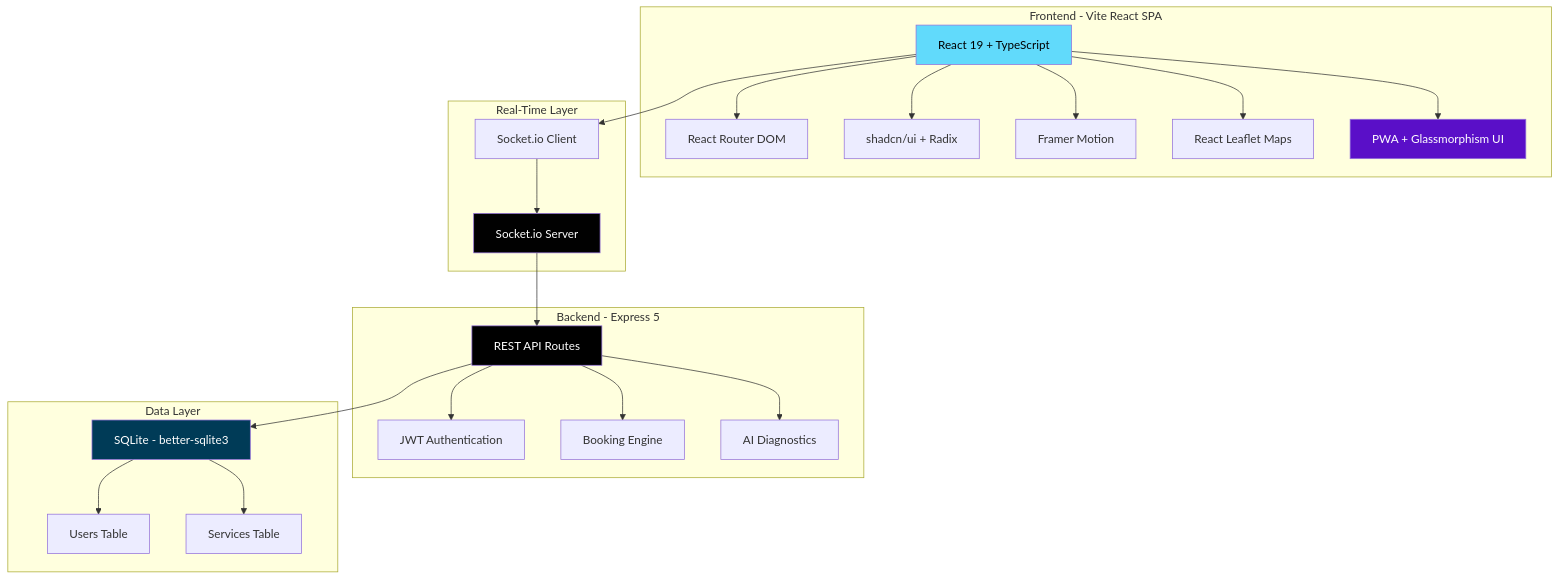
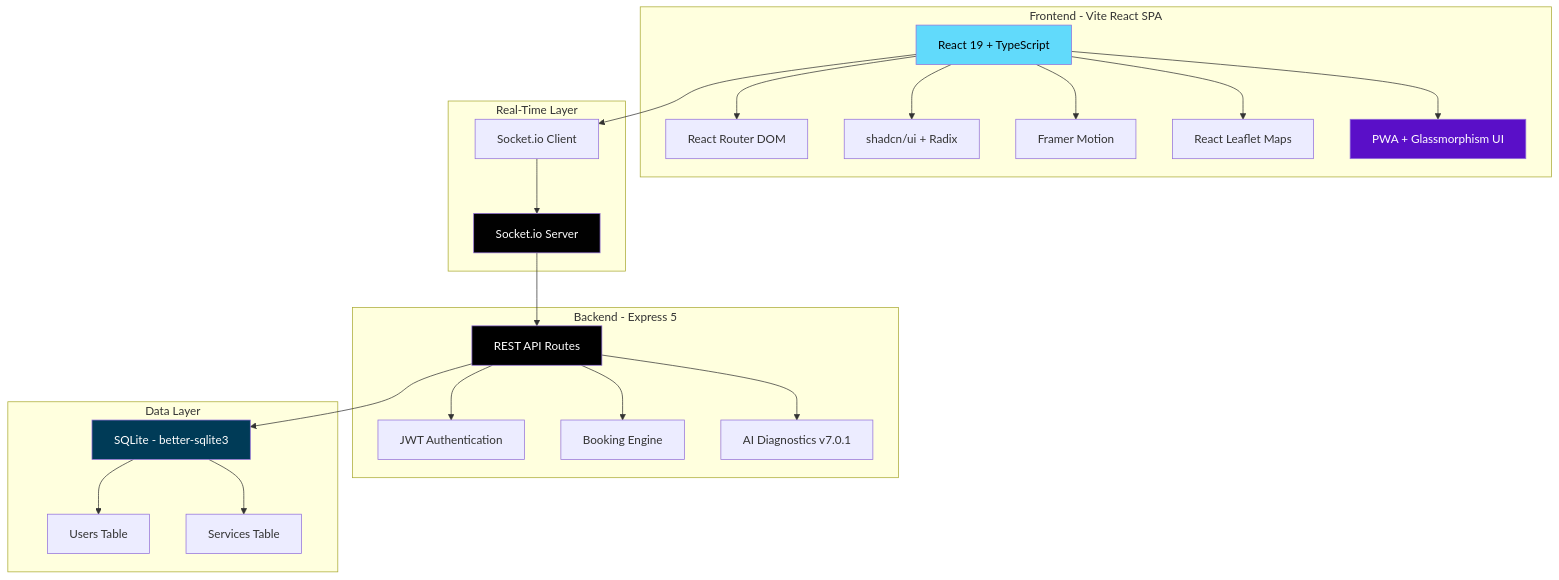
The fourth of 4 diagrams in README.md (mulkymalikuldhrs/oke-mekanik-mobile-service), drawn with Mermaid before and after one commit. The commit also changed other lines of this file and 15 other files, not shown here.

````diff
--- a/README.md
+++ b/README.md
@@ -136,50 +135,50 @@
 ```mermaid
 graph TB
     subgraph Frontend["Frontend - Vite React SPA"]
         UI["React 19 + TypeScript"]
         Router["React Router DOM"]
         Shadcn["shadcn/ui + Radix"]
         FM["Framer Motion"]
         Leaflet["React Leaflet Maps"]
         PWA["PWA + Glassmorphism UI"]
     end
 
     subgraph Realtime["Real-Time Layer"]
         SIOClient["Socket.io Client"]
         SIOServer["Socket.io Server"]
     end
 
     subgraph Backend["Backend - Express 5"]
         API["REST API Routes"]
         Auth["JWT Authentication"]
         Booking["Booking Engine"]
-        Diag["AI Diagnostics"]
+        Diag["AI Diagnostics v7.0.1"]
     end
 
     subgraph Data["Data Layer"]
         SQLite["SQLite - better-sqlite3"]
         Users["Users Table"]
         Services["Services Table"]
     end
 
     UI --> Router
     UI --> Shadcn
     UI --> FM
     UI --> Leaflet
     UI --> PWA
     UI --> SIOClient
     SIOClient --> SIOServer
     SIOServer --> API
     API --> Auth
     API --> Booking
     API --> Diag
     API --> SQLite
     SQLite --> Users
     SQLite --> Services
 
     style UI fill:#61DAFB,color:#000
     style SIOServer fill:#010101,color:#fff
     style API fill:#000,color:#fff
     style SQLite fill:#003B57,color:#fff
     style PWA fill:#5A0FC8,color:#fff
 ```
````
